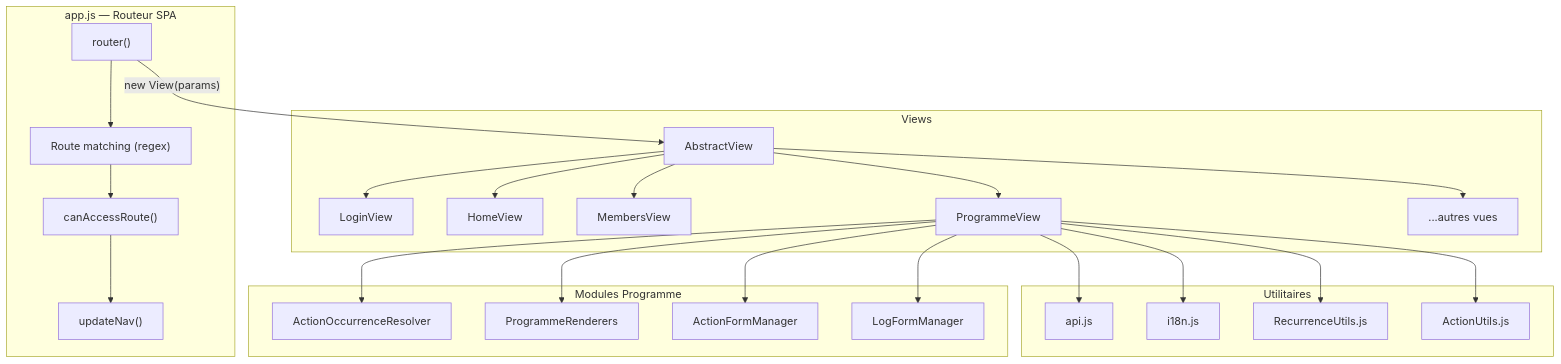
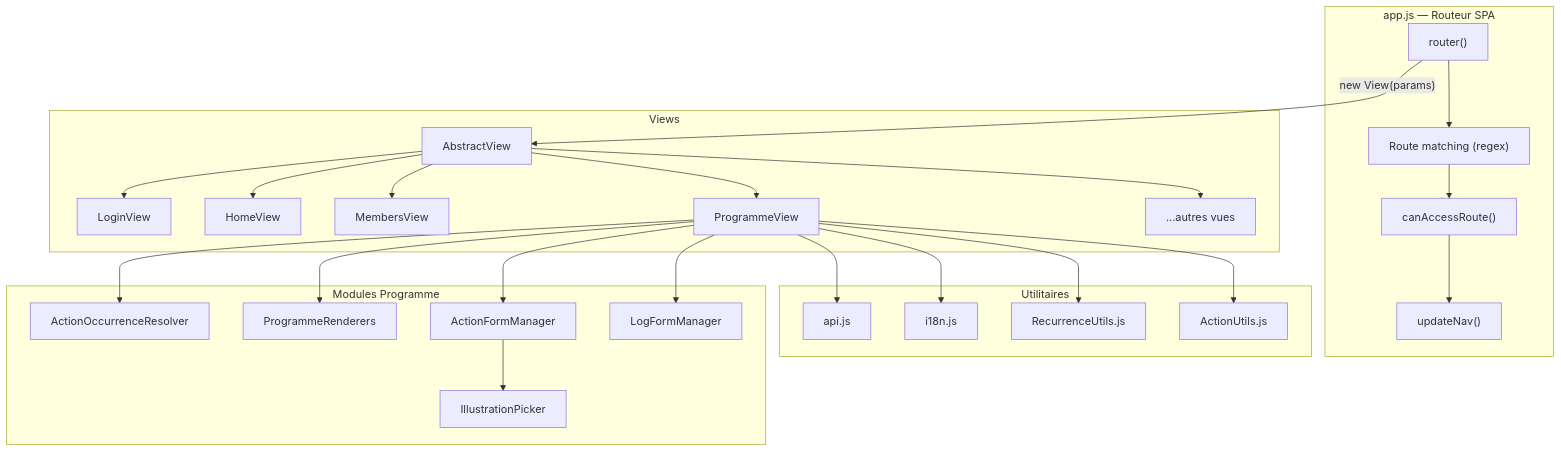
One commit to IlyaDiallo/fedeeji changed the fifth of 6 diagrams in ARCHITECTURE.md. Above: the diagram before and after it, drawn with Mermaid. The commit also changed other lines of this file and 1 other file, not shown here.

````diff
--- a/ARCHITECTURE.md
+++ b/ARCHITECTURE.md
@@ -207,51 +215,53 @@
 ```mermaid
 graph TB
     subgraph "app.js — Routeur SPA"
         ROUTER["router()"]
         MATCH["Route matching (regex)"]
         PERMS["canAccessRoute()"]
         NAV["updateNav()"]
     end
 
     subgraph "Views"
         AV["AbstractView"]
         LV["LoginView"]
         HV["HomeView"]
         MV["MembersView"]
         PV["ProgrammeView"]
         OTHER["...autres vues"]
 
         AV --> LV
         AV --> HV
         AV --> MV
         AV --> PV
         AV --> OTHER
     end
 
     subgraph "Utilitaires"
         API["api.js"]
         I18N["i18n.js"]
         REC["RecurrenceUtils.js"]
         ACT["ActionUtils.js"]
     end
 
     subgraph "Modules Programme"
         AOR["ActionOccurrenceResolver"]
         PR["ProgrammeRenderers"]
         AFM["ActionFormManager"]
+        IP["IllustrationPicker"]
         LFM["LogFormManager"]
     end
 
     ROUTER --> MATCH
     MATCH --> PERMS
     PERMS --> NAV
     ROUTER --> |"new View(params)"| AV
     PV --> API
     PV --> REC
     PV --> ACT
     PV --> I18N
     PV --> AOR
     PV --> PR
     PV --> AFM
+    AFM --> IP
     PV --> LFM
 ```
````
